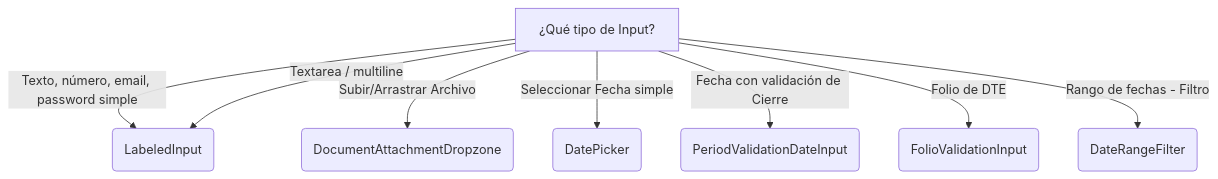
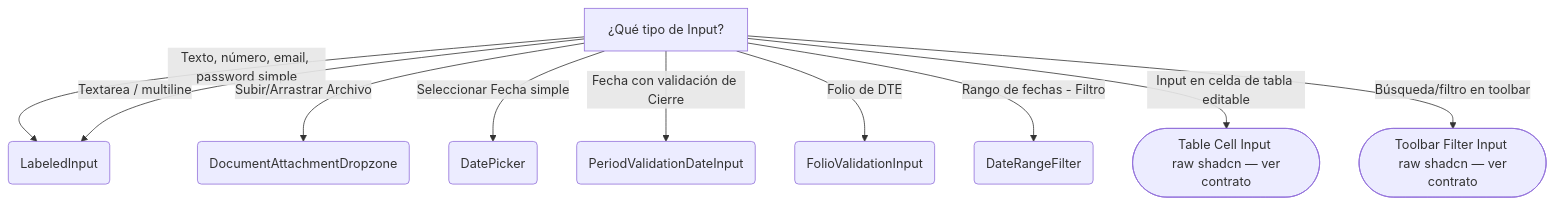
One commit to Patricoaa/ERPGrafico changed the third of 4 diagrams in docs/20-contracts/component-decision-tree.md. Above: the diagram before and after it, drawn with Mermaid. The commit also changed other lines of this file and 13 other files, not shown here.

````diff
--- a/docs/20-contracts/component-decision-tree.md
+++ b/docs/20-contracts/component-decision-tree.md
@@ -53,11 +53,13 @@
 ```mermaid
 graph TD
-    A[¿Qué tipo de Input?]
+    A["¿Qué tipo de Input?"]
     A -->|Texto, número, email, password simple| B(LabeledInput)
     A -->|Textarea / multiline| B
     A -->|Subir/Arrastrar Archivo| C(DocumentAttachmentDropzone)
     A -->|Seleccionar Fecha simple| D(DatePicker)
     A -->|Fecha con validación de Cierre| E(PeriodValidationDateInput)
     A -->|Folio de DTE| F(FolioValidationInput)
     A -->|Rango de fechas - Filtro| G(DateRangeFilter)
+    A -->|"Input en celda de tabla editable"| H(["Table Cell Input \n raw shadcn — ver contrato"])
+    A -->|"Búsqueda/filtro en toolbar"| I(["Toolbar Filter Input \n raw shadcn — ver contrato"])
 ```
````
